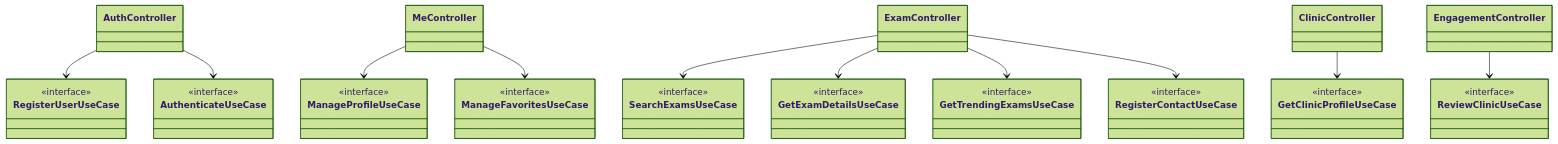
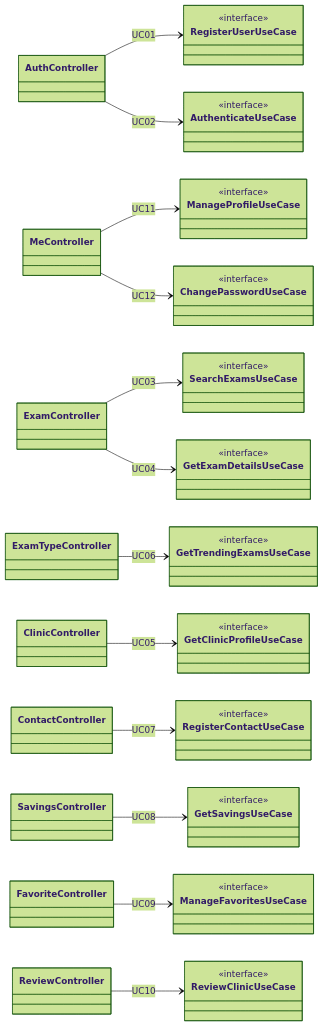
Before and after one commit to MarcioFerreiraL/clinics-backend: the sixth of 6 diagrams in docs/06-arquitetura-e-classes.md, drawn with Mermaid (forest theme). The commit also changed other lines of this file, not shown here.

Commit message:
docs: atualiza arquitetura e diagramas de classes conforme o código

````diff
--- a/docs/06-arquitetura-e-classes.md
+++ b/docs/06-arquitetura-e-classes.md
@@ -211,31 +301,39 @@
 ```mermaid
 classDiagram
-    direction TB
+    direction LR
     class AuthController
     class MeController
     class ExamController
+    class ExamTypeController
     class ClinicController
-    class EngagementController
+    class ContactController
+    class SavingsController
+    class FavoriteController
+    class ReviewController
 
     class RegisterUserUseCase { <<interface>> }
     class AuthenticateUseCase { <<interface>> }
+    class ManageProfileUseCase { <<interface>> }
+    class ChangePasswordUseCase { <<interface>> }
     class SearchExamsUseCase { <<interface>> }
     class GetExamDetailsUseCase { <<interface>> }
     class GetClinicProfileUseCase { <<interface>> }
     class GetTrendingExamsUseCase { <<interface>> }
     class RegisterContactUseCase { <<interface>> }
+    class GetSavingsUseCase { <<interface>> }
     class ManageFavoritesUseCase { <<interface>> }
     class ReviewClinicUseCase { <<interface>> }
-    class ManageProfileUseCase { <<interface>> }
 
-    AuthController --> RegisterUserUseCase
-    AuthController --> AuthenticateUseCase
-    MeController --> ManageProfileUseCase
-    MeController --> ManageFavoritesUseCase
-    ExamController --> SearchExamsUseCase
-    ExamController --> GetExamDetailsUseCase
-    ExamController --> GetTrendingExamsUseCase
-    ExamController --> RegisterContactUseCase
-    ClinicController --> GetClinicProfileUseCase
-    EngagementController --> ReviewClinicUseCase
+    AuthController --> RegisterUserUseCase : UC01
+    AuthController --> AuthenticateUseCase : UC02
+    MeController --> ManageProfileUseCase : UC11
+    MeController --> ChangePasswordUseCase : UC12
+    ExamController --> SearchExamsUseCase : UC03
+    ExamController --> GetExamDetailsUseCase : UC04
+    ClinicController --> GetClinicProfileUseCase : UC05
+    ExamTypeController --> GetTrendingExamsUseCase : UC06
+    ContactController --> RegisterContactUseCase : UC07
+    SavingsController --> GetSavingsUseCase : UC08
+    FavoriteController --> ManageFavoritesUseCase : UC09
+    ReviewController --> ReviewClinicUseCase : UC10
 ```
````
